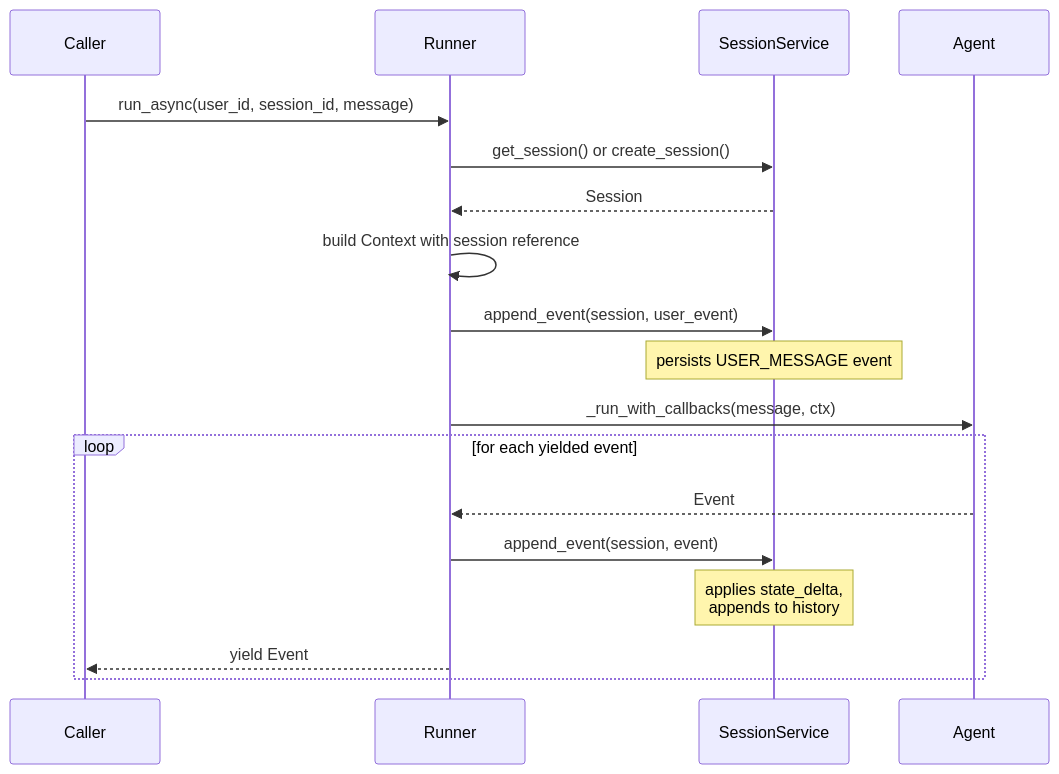
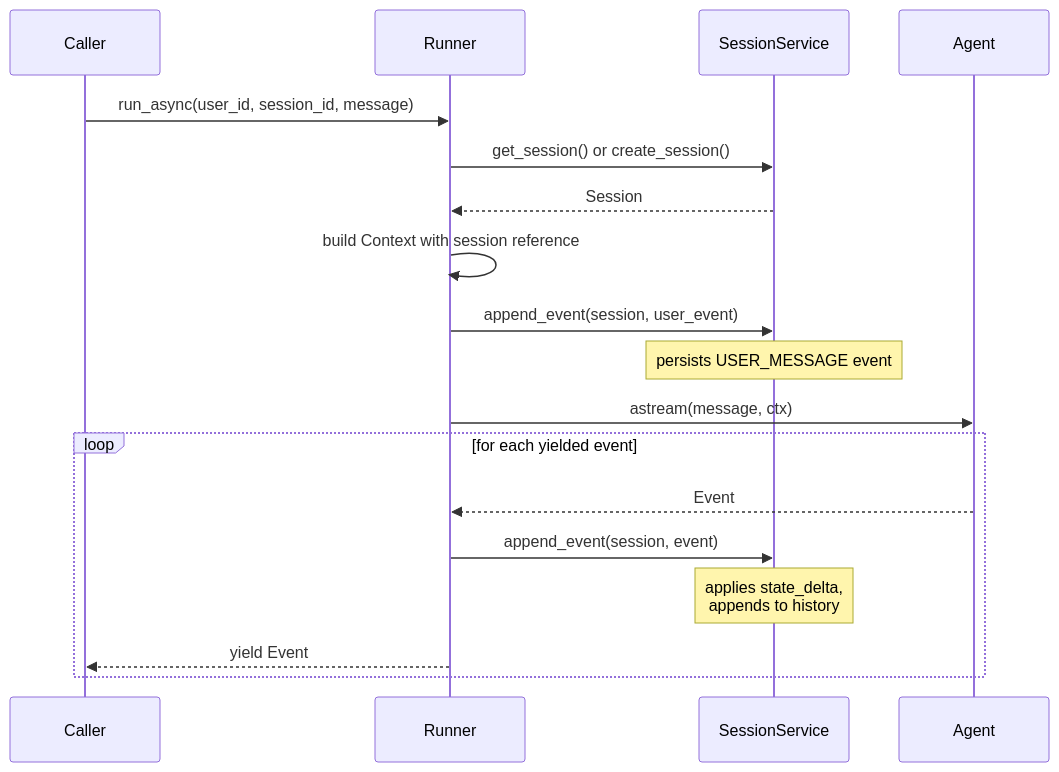
One commit to NicolaiLassen/orxhestra changed the second of 2 diagrams in docs/architecture.md. Above: the diagram before and after it, drawn with Mermaid. The commit also changed 5 other files, not shown here.

First line of the commit message:
Fix stale docs: _run_with_callbacks, add clear_session and AgentTool callbacks

````diff
--- a/docs/architecture.md
+++ b/docs/architecture.md
@@ -43,23 +43,23 @@
 ```mermaid
 sequenceDiagram
     participant C as Caller
     participant R as Runner
     participant S as SessionService
     participant A as Agent
 
     C->>R: run_async(user_id, session_id, message)
     R->>S: get_session() or create_session()
     S-->>R: Session
     R->>R: build Context with session reference
     R->>S: append_event(session, user_event)
     note over S: persists USER_MESSAGE event
 
-    R->>A: _run_with_callbacks(message, ctx)
+    R->>A: astream(message, ctx)
 
     loop for each yielded event
         A-->>R: Event
         R->>S: append_event(session, event)
         note over S: applies state_delta,<br/>appends to history
         R-->>C: yield Event
     end
 ```
````
